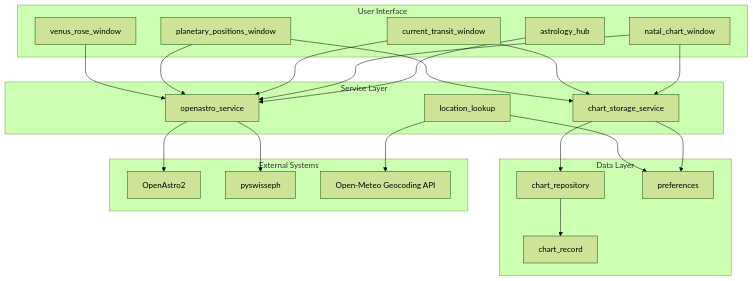
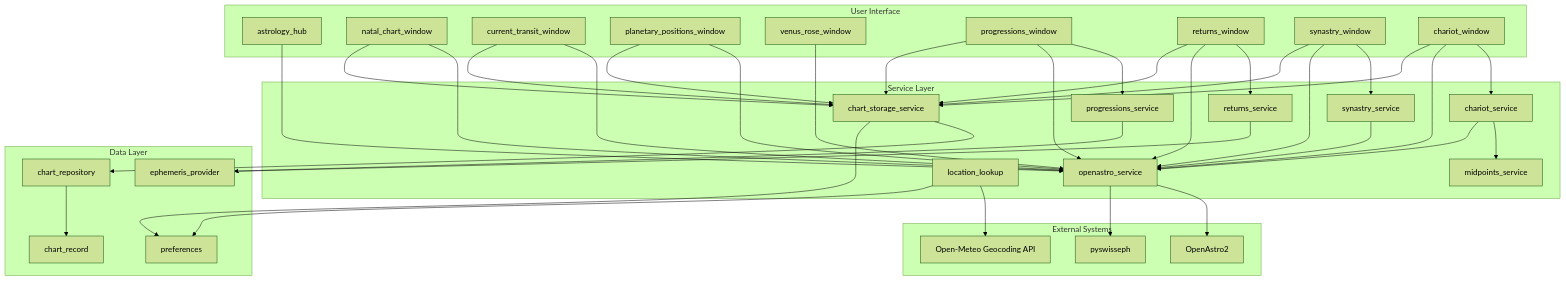
The first of 18 diagrams in .qoder/repowiki/en/content/Architecture Overview/Pillar-Based Architecture/Astrology Pillar/Astrology Pillar.md (TheDaniel166/IsopGem), drawn with Mermaid (forest theme) before and after one commit. The commit also changed other lines of this file and 29 other files, not shown here.

````diff
--- a/.qoder/repowiki/en/content/Architecture Overview/Pillar-Based Architecture/Astrology Pillar/Astrology Pillar.md
+++ b/.qoder/repowiki/en/content/Architecture Overview/Pillar-Based Architecture/Astrology Pillar/Astrology Pillar.md
@@ -47,40 +68,67 @@
 ```mermaid
 graph TD
 subgraph "User Interface"
 A[astrology_hub]
 B[natal_chart_window]
 C[current_transit_window]
 D[planetary_positions_window]
 E[venus_rose_window]
+F[progressions_window]
+G[returns_window]
+H[synastry_window]
+I[chariot_window]
 end
 subgraph "Service Layer"
-F[openastro_service]
-G[chart_storage_service]
-H[location_lookup]
+J[openastro_service]
+K[chart_storage_service]
+L[location_lookup]
+M[progressions_service]
+N[returns_service]
+O[synastry_service]
+P[chariot_service]
+Q[midpoints_service]
 end
 subgraph "Data Layer"
-I[chart_repository]
-J[chart_record]
-K[preferences]
+R[chart_repository]
+S[chart_record]
+T[preferences]
+U[ephemeris_provider]
 end
 subgraph "External Systems"
-L[OpenAstro2]
-M[pyswisseph]
-N[Open-Meteo Geocoding API]
+V[OpenAstro2]
+W[pyswisseph]
+X[Open-Meteo Geocoding API]
 end
-A --> F
-B --> F
-C --> F
-D --> F
-E --> F
-B --> G
-C --> G
-D --> G
-F --> L
+A --> J
+B --> J
+C --> J
+D --> J
+E --> J
 F --> M
-H --> N
-G --> I
+F --> J
+G --> N
+G --> J
+H --> O
+H --> J
+I --> P
 I --> J
+B --> K
+C --> K
+D --> K
+F --> K
 G --> K
 H --> K
+I --> K
+J --> V
+J --> W
+L --> X
+K --> R
+R --> S
+K --> T
+L --> T
+M --> U
+N --> U
+O --> J
+P --> Q
+P --> J
 ```
````
